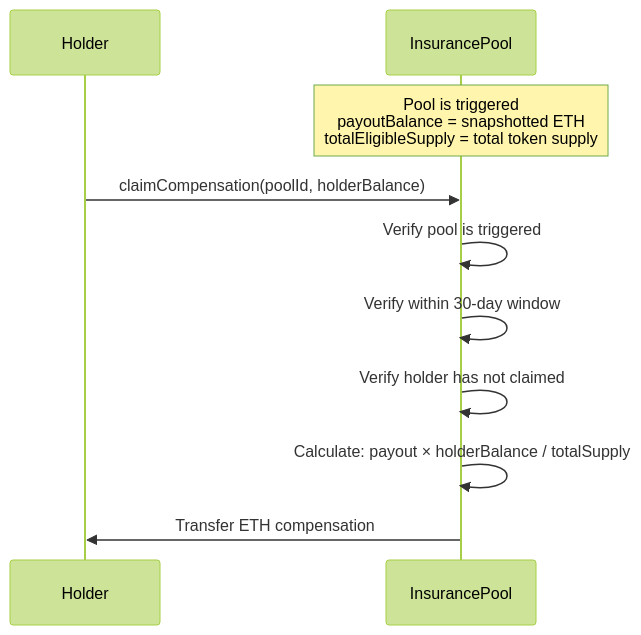
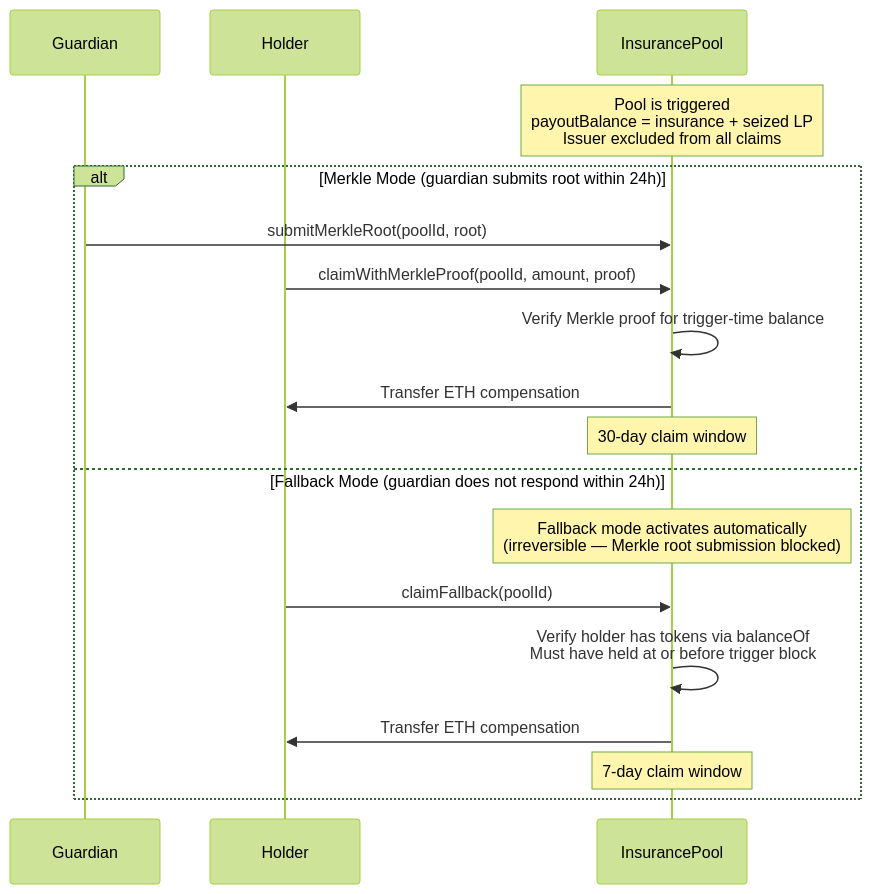
One commit to bastionswap/bastionswap changed the fifth of 6 diagrams in docs/ARCHITECTURE.md. Above: the diagram before and after it, drawn with Mermaid (forest theme). The commit also changed other lines of this file and 1 other file, not shown here.

````diff
--- a/docs/ARCHITECTURE.md
+++ b/docs/ARCHITECTURE.md
@@ -194,14 +191,22 @@
 ```mermaid
 sequenceDiagram
+    participant Guardian
     participant Holder
     participant InsurancePool
 
-    Note over InsurancePool: Pool is triggered<br/>payoutBalance = snapshotted ETH<br/>totalEligibleSupply = total token supply
+    Note over InsurancePool: Pool is triggered<br/>payoutBalance = insurance + seized LP<br/>Issuer excluded from all claims
 
-    Holder->>InsurancePool: claimCompensation(poolId, holderBalance)
-    InsurancePool->>InsurancePool: Verify pool is triggered
-    InsurancePool->>InsurancePool: Verify within 30-day window
-    InsurancePool->>InsurancePool: Verify holder has not claimed
-    InsurancePool->>InsurancePool: Calculate: payout × holderBalance / totalSupply
-    InsurancePool->>Holder: Transfer ETH compensation
+    alt Merkle Mode (guardian submits root within 24h)
+        Guardian->>InsurancePool: submitMerkleRoot(poolId, root)
+        Holder->>InsurancePool: claimWithMerkleProof(poolId, amount, proof)
+        InsurancePool->>InsurancePool: Verify Merkle proof for trigger-time balance
+        InsurancePool->>Holder: Transfer ETH compensation
+        Note over InsurancePool: 30-day claim window
+    else Fallback Mode (guardian does not respond within 24h)
+        Note over InsurancePool: Fallback mode activates automatically<br/>(irreversible — Merkle root submission blocked)
+        Holder->>InsurancePool: claimFallback(poolId)
+        InsurancePool->>InsurancePool: Verify holder has tokens via balanceOf<br/>Must have held at or before trigger block
+        InsurancePool->>Holder: Transfer ETH compensation
+        Note over InsurancePool: 7-day claim window
+    end
 ```
````
